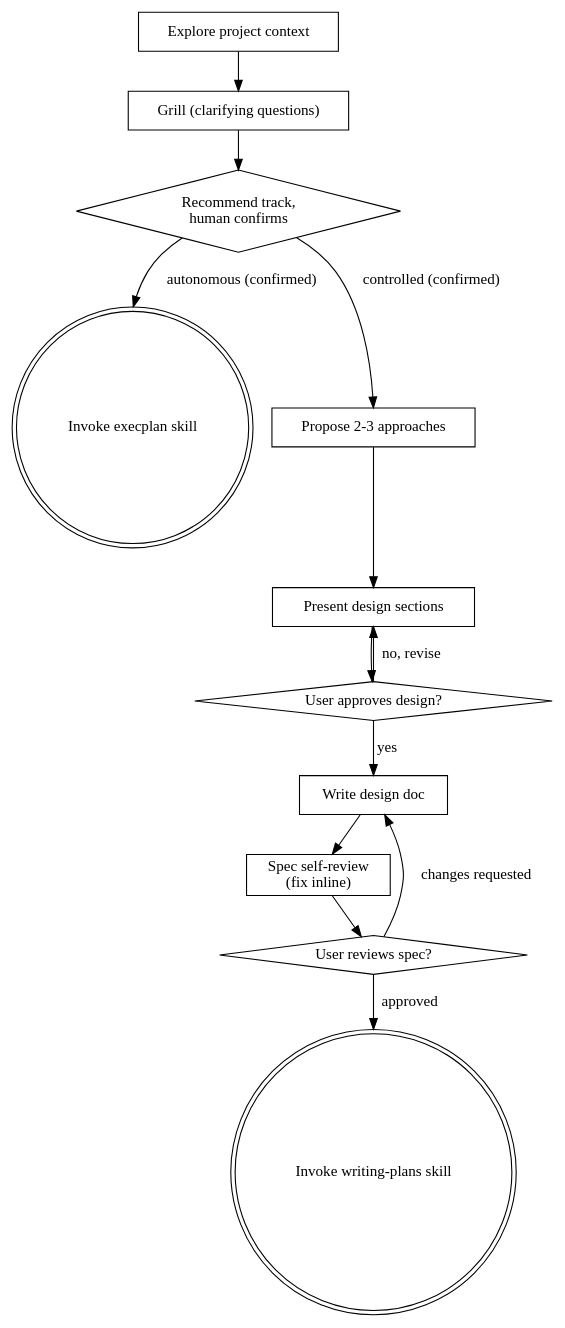
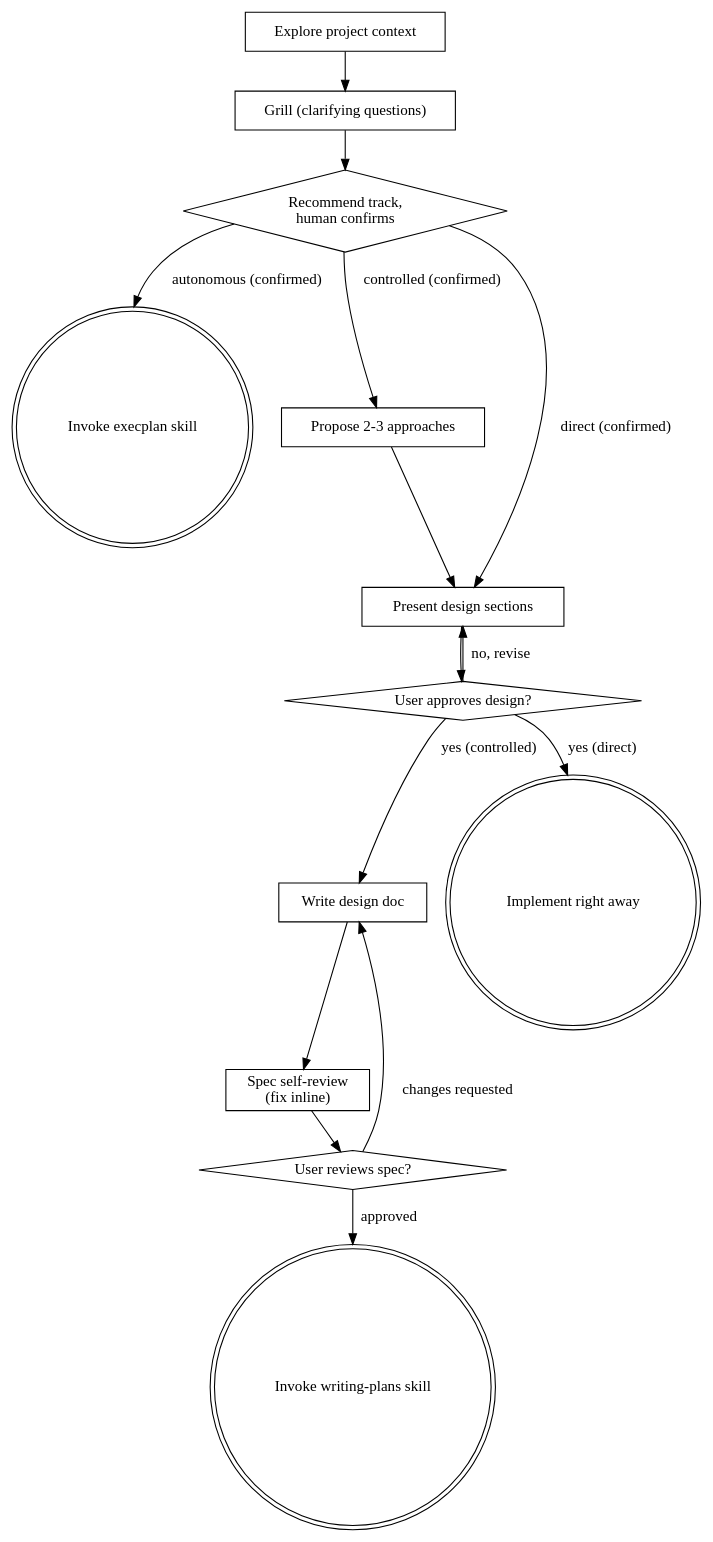
Before and after one commit to SSFSKIM/doperpowers: the diagram in skills/brainstorming/SKILL.md, drawn with Graphviz. The commit also changed other lines of this file and 7 other files, not shown here.

First line of the commit message:
feat(agents): doperpowers:plan-reviewer + brainstorming direct track — v7.27.0

````diff
--- a/skills/brainstorming/SKILL.md
+++ b/skills/brainstorming/SKILL.md
@@ -37,28 +37,32 @@
 ```dot
 digraph brainstorming {
     "Explore project context" [shape=box];
     "Grill (clarifying questions)" [shape=box];
     "Recommend track,\nhuman confirms" [shape=diamond];
     "Invoke execplan skill" [shape=doublecircle];
     "Propose 2-3 approaches" [shape=box];
     "Present design sections" [shape=box];
     "User approves design?" [shape=diamond];
     "Write design doc" [shape=box];
     "Spec self-review\n(fix inline)" [shape=box];
     "User reviews spec?" [shape=diamond];
     "Invoke writing-plans skill" [shape=doublecircle];
 
     "Explore project context" -> "Grill (clarifying questions)";
     "Grill (clarifying questions)" -> "Recommend track,\nhuman confirms";
+    "Implement right away" [shape=doublecircle];
+
     "Recommend track,\nhuman confirms" -> "Invoke execplan skill" [label="autonomous (confirmed)"];
     "Recommend track,\nhuman confirms" -> "Propose 2-3 approaches" [label="controlled (confirmed)"];
+    "Recommend track,\nhuman confirms" -> "Present design sections" [label="direct (confirmed)"];
     "Propose 2-3 approaches" -> "Present design sections";
     "Present design sections" -> "User approves design?";
     "User approves design?" -> "Present design sections" [label="no, revise"];
-    "User approves design?" -> "Write design doc" [label="yes"];
+    "User approves design?" -> "Write design doc" [label="yes (controlled)"];
+    "User approves design?" -> "Implement right away" [label="yes (direct)"];
     "Write design doc" -> "Spec self-review\n(fix inline)";
     "Spec self-review\n(fix inline)" -> "User reviews spec?";
     "User reviews spec?" -> "Write design doc" [label="changes requested"];
     "User reviews spec?" -> "Invoke writing-plans skill" [label="approved"];
 }
 ```
````
